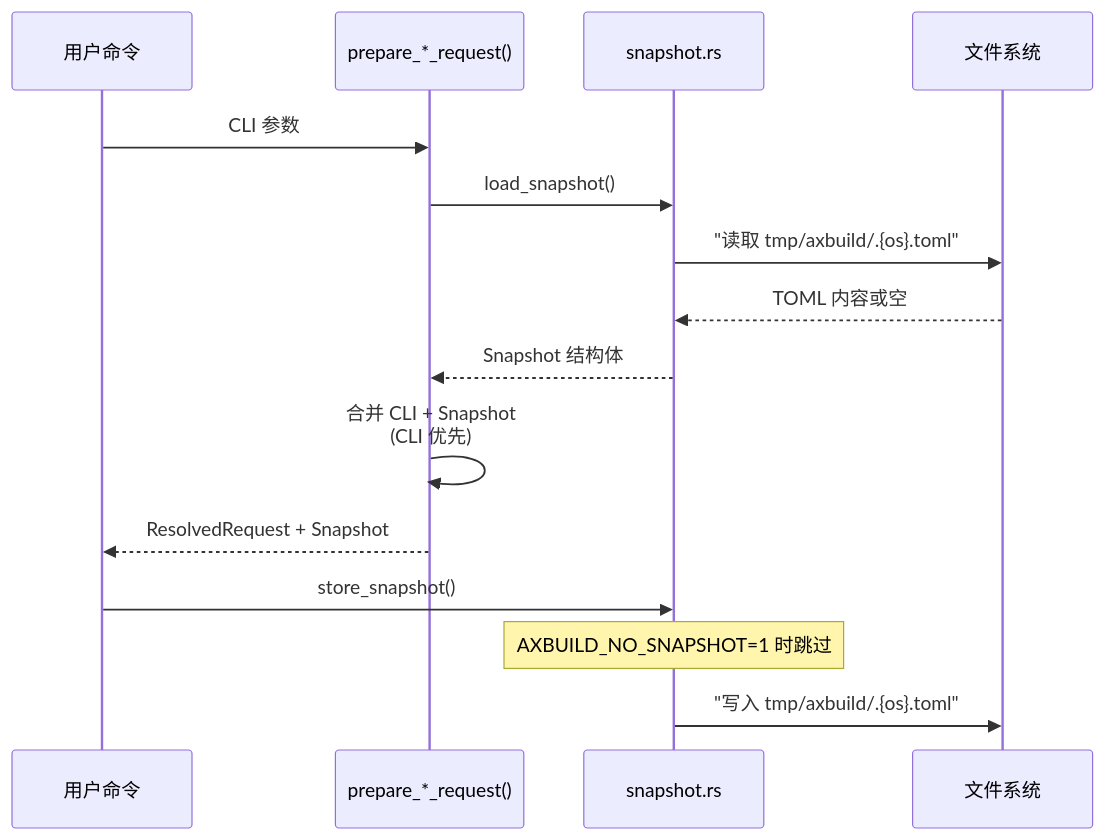
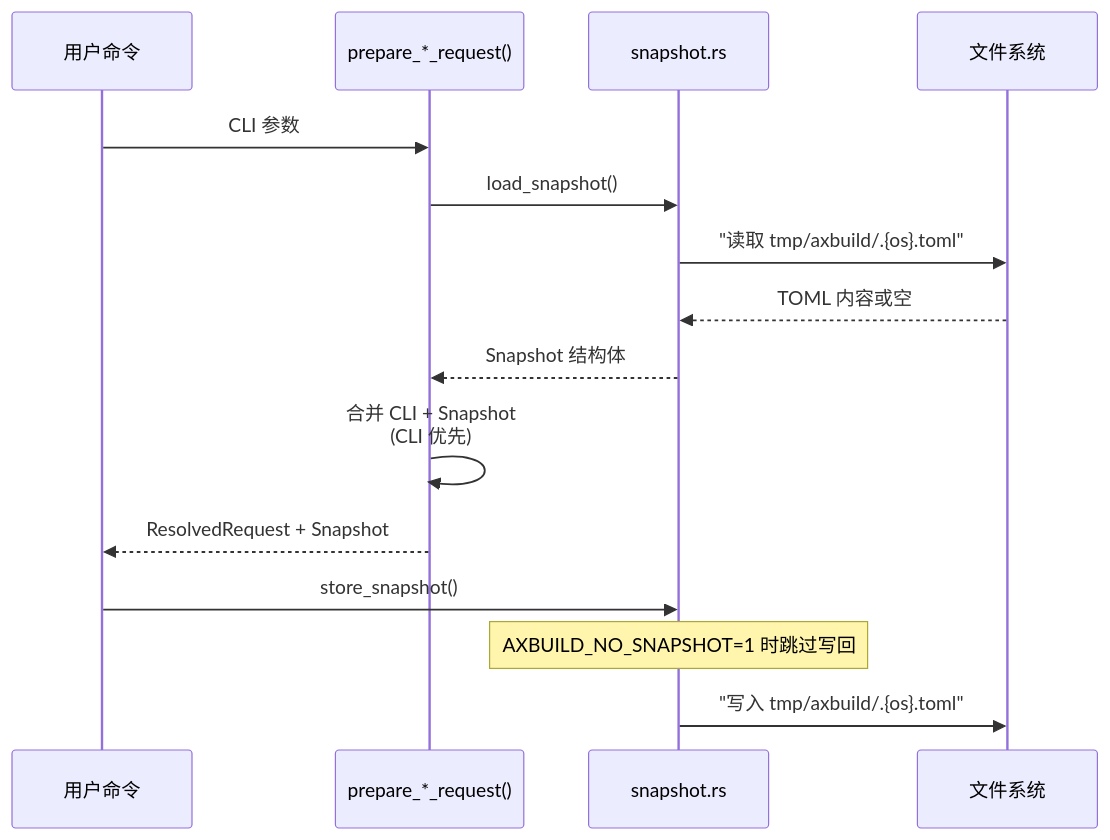
One commit to rcore-os/tgoskits changed the second of 4 diagrams in docs/docs/build/configuration.md. Above: the diagram before and after it, drawn with Mermaid. The commit also changed other lines of this file and 8 other files, not shown here.

````diff
--- a/docs/docs/build/configuration.md
+++ b/docs/docs/build/configuration.md
@@ -121,18 +121,18 @@
 ```mermaid
 sequenceDiagram
     participant CLI as 用户命令
     participant Resolve as prepare_*_request()
     participant Snap as snapshot.rs
     participant FS as 文件系统
 
     CLI->>Resolve: CLI 参数
     Resolve->>Snap: load_snapshot()
     Snap->>FS: "读取 tmp/axbuild/.{os}.toml"
     FS-->>Snap: TOML 内容或空
     Snap-->>Resolve: Snapshot 结构体
     Resolve->>Resolve: 合并 CLI + Snapshot<br/>(CLI 优先)
     Resolve-->>CLI: ResolvedRequest + Snapshot
     CLI->>Snap: store_snapshot()
-    Note over Snap: AXBUILD_NO_SNAPSHOT=1 时跳过
+    Note over Snap: AXBUILD_NO_SNAPSHOT=1 时跳过写回
     Snap->>FS: "写入 tmp/axbuild/.{os}.toml"
 ```
````
